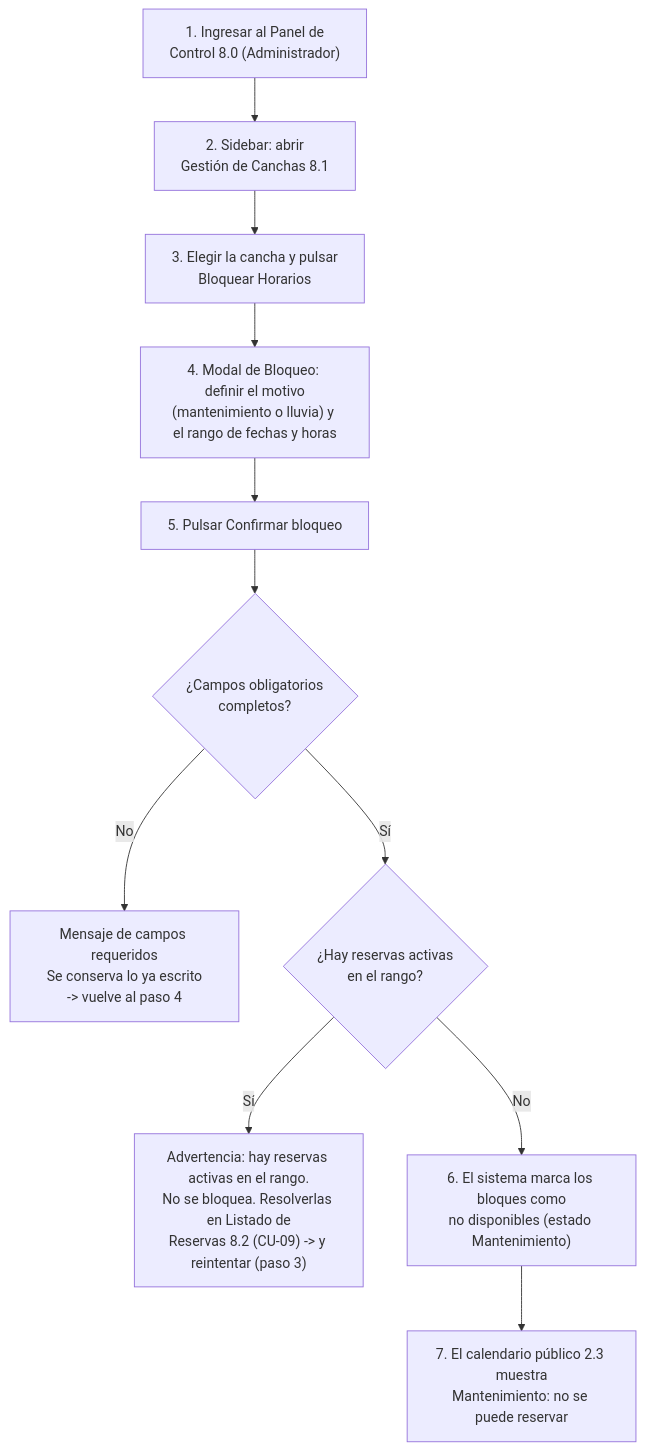
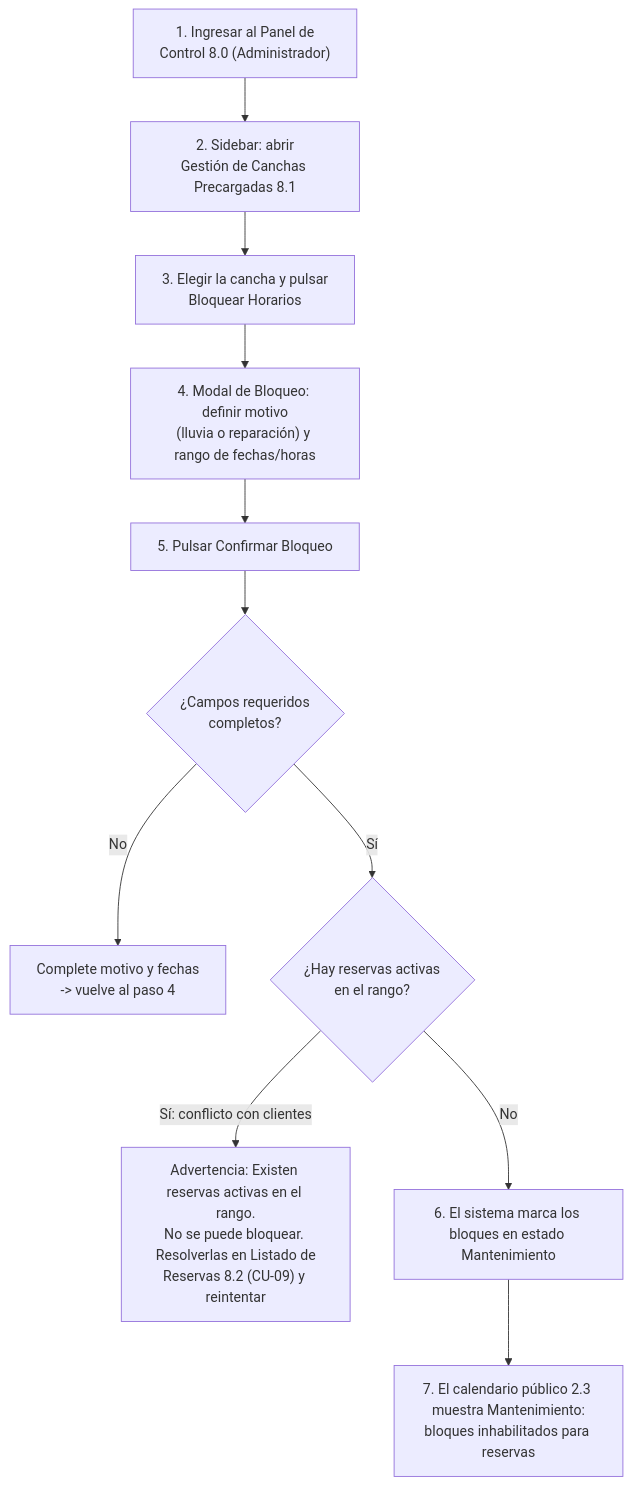
Before and after one commit to WalterJoel18/Sw-para-reserva-de-canchas-e-instalaciones-deportivas: the tenth of 12 diagrams in README.md, drawn with Mermaid. The commit also changed other lines of this file, not shown here.

````diff
--- a/README.md
+++ b/README.md
@@ -1074,13 +1143,13 @@
 ```mermaid
 flowchart TD
-    P1["1. Ingresar al Panel de\nControl 8.0 (Administrador)"] --> P2["2. Sidebar: abrir\nGestión de Canchas 8.1"]
+    P1["1. Ingresar al Panel de\nControl 8.0 (Administrador)"] --> P2["2. Sidebar: abrir\nGestión de Canchas Precargadas 8.1"]
     P2 --> P3["3. Elegir la cancha y pulsar\nBloquear Horarios"]
-    P3 --> P4["4. Modal de Bloqueo: definir el motivo\n(mantenimiento o lluvia) y el rango de fechas y horas"]
-    P4 --> P5["5. Pulsar Confirmar bloqueo"]
-    P5 --> D1{"¿Campos obligatorios\ncompletos?"}
-    D1 -->|No| E1["Mensaje de campos requeridos\nSe conserva lo ya escrito\n-> vuelve al paso 4"]
+    P3 --> P4["4. Modal de Bloqueo: definir motivo\n(lluvia o reparación) y rango de fechas/horas"]
+    P4 --> P5["5. Pulsar Confirmar Bloqueo"]
+    P5 --> D1{"¿Campos requeridos\ncompletos?"}
+    D1 -->|No| E1["Complete motivo y fechas\n-> vuelve al paso 4"]
     D1 -->|Sí| D2{"¿Hay reservas activas\nen el rango?"}
-    D2 -->|Sí| E2["Advertencia: hay reservas activas en el rango.\nNo se bloquea. Resolverlas en Listado de\nReservas 8.2 (CU-09) -> y reintentar (paso 3)"]
-    D2 -->|No| P6["6. El sistema marca los bloques como\nno disponibles (estado Mantenimiento)"]
-    P6 --> P7["7. El calendario público 2.3 muestra\nMantenimiento: no se puede reservar"]
+    D2 -->|Sí: conflicto con clientes| E2["Advertencia: Existen reservas activas en el rango.\nNo se puede bloquear. Resolverlas en Listado de\nReservas 8.2 (CU-09) y reintentar"]
+    D2 -->|No| P6["6. El sistema marca los bloques en estado Mantenimiento"]
+    P6 --> P7["7. El calendario público 2.3 muestra Mantenimiento:\nbloques inhabilitados para reservas"]
 ```
````
